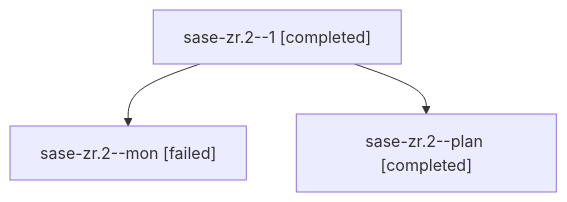
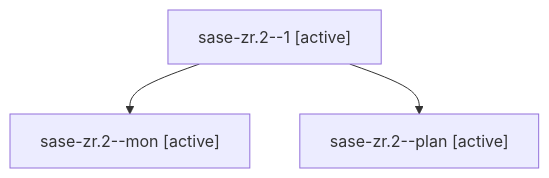
One commit to sase-org/sase--agents changed the diagram in families/bbugyi200.apollo.sase-zr.2.md. Above: the diagram before and after it, drawn with Mermaid. The commit also changed other lines of this file and 95 other files, not shown here.

````diff
--- a/families/bbugyi200.apollo.sase-zr.2.md
+++ b/families/bbugyi200.apollo.sase-zr.2.md
@@ -9,8 +9,8 @@
 ```mermaid
 flowchart TD
-  n0["sase-zr.2--1 [completed]"]
-  n1["sase-zr.2--mon [failed]"]
+  n0["sase-zr.2--1 [active]"]
+  n1["sase-zr.2--mon [active]"]
   n0 --> n1
-  n2["sase-zr.2--plan [completed]"]
+  n2["sase-zr.2--plan [active]"]
   n0 --> n2
 ```
````
